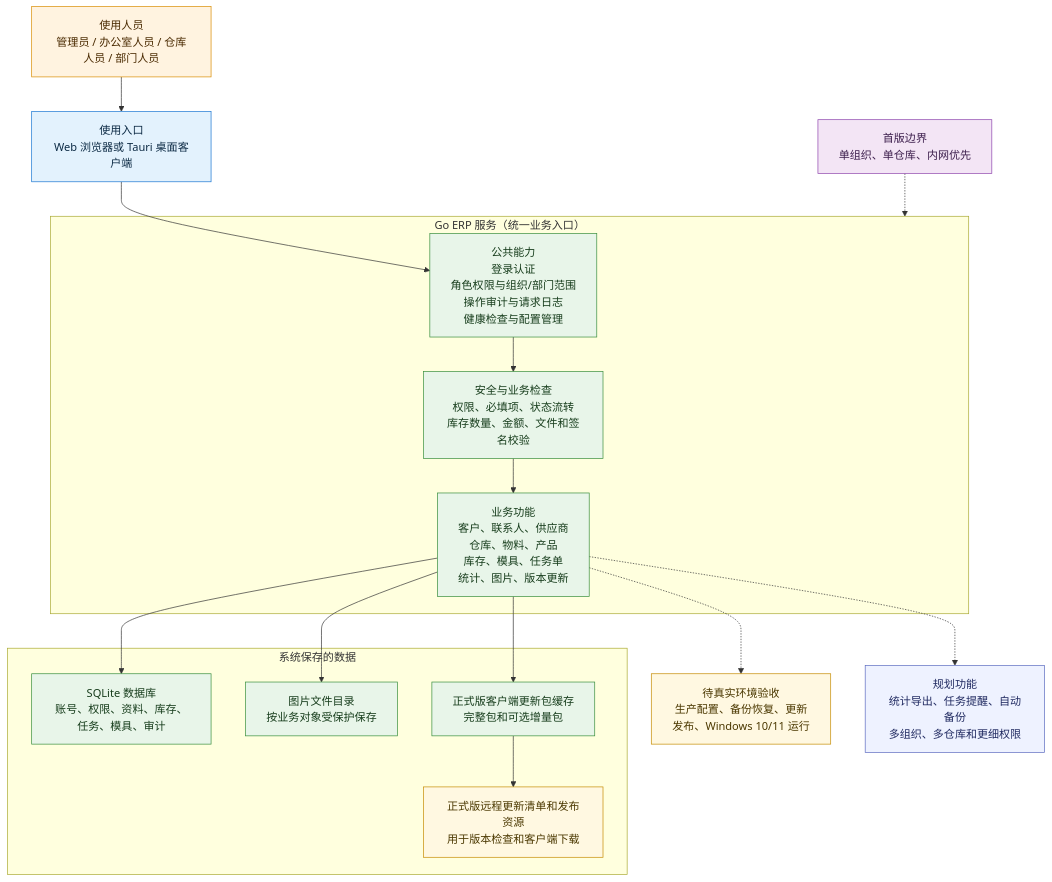
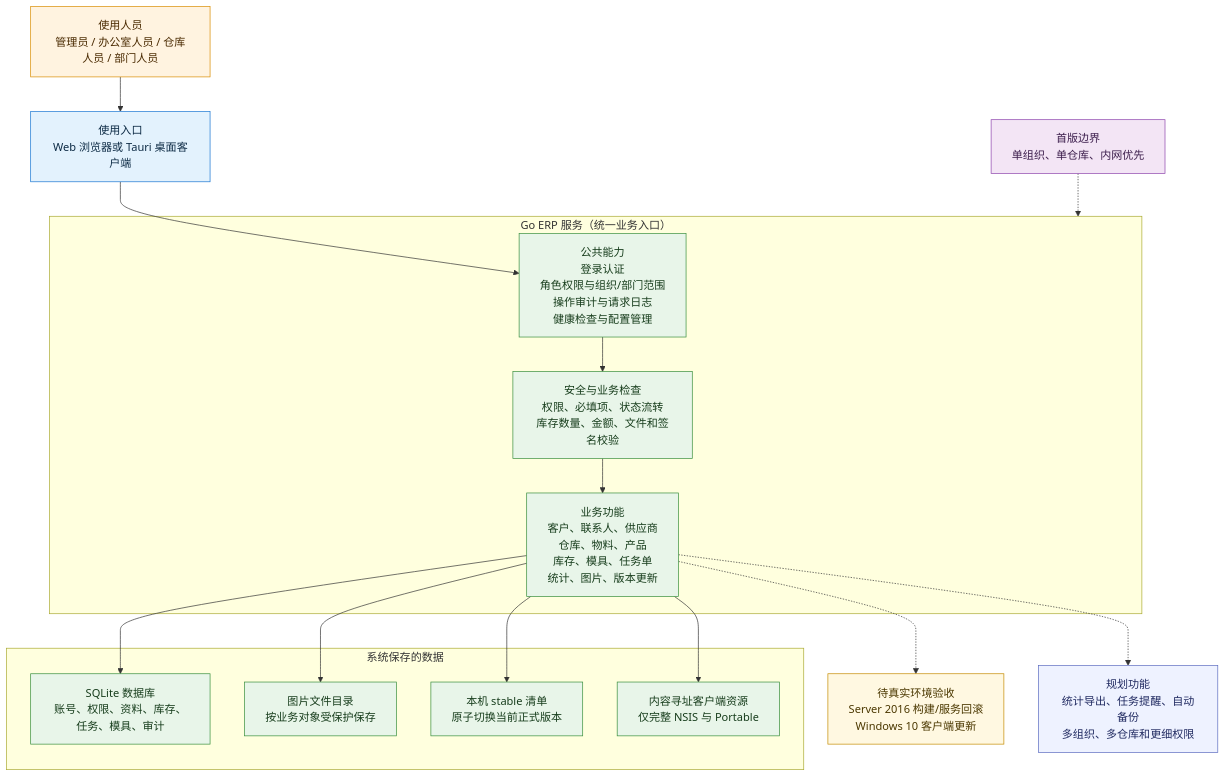
One commit to SilenceJR/bb_erp_echo changed the first of 7 diagrams in docs/BACKEND_ARCHITECTURE.md. Above: the diagram before and after it, drawn with Mermaid. The commit also changed other lines of this file and 53 other files, not shown here.

```diff
--- a/docs/BACKEND_ARCHITECTURE.md
+++ b/docs/BACKEND_ARCHITECTURE.md
@@ -19,42 +19,42 @@
 ~~~mermaid
 flowchart TB
     users["使用人员<br/>管理员 / 办公室人员 / 仓库人员 / 部门人员"]:::user
     clients["使用入口<br/>Web 浏览器或 Tauri 桌面客户端"]:::entry
 
     subgraph service["Go ERP 服务（统一业务入口）"]
         common["公共能力<br/>登录认证<br/>角色权限与组织/部门范围<br/>操作审计与请求日志<br/>健康检查与配置管理"]:::done
         domains["业务功能<br/>客户、联系人、供应商<br/>仓库、物料、产品<br/>库存、模具、任务单<br/>统计、图片、版本更新"]:::done
         validation["安全与业务检查<br/>权限、必填项、状态流转<br/>库存数量、金额、文件和签名校验"]:::done
     end
 
     subgraph storage["系统保存的数据"]
         db["SQLite 数据库<br/>账号、权限、资料、库存、任务、模具、审计"]:::done
         files["图片文件目录<br/>按业务对象受保护保存"]:::done
-        cache["正式版客户端更新包缓存<br/>完整包和可选增量包"]:::done
-        remote["正式版远程更新清单和发布资源<br/>用于版本检查和客户端下载"]:::pending
+        stable["本机 stable 清单<br/>原子切换当前正式版本"]:::done
+        cache["内容寻址客户端资源<br/>仅完整 NSIS 与 Portable"]:::done
     end
 
     users --> clients
     clients --> common
     common --> validation
     validation --> domains
     domains --> db
     domains --> files
+    domains --> stable
     domains --> cache
-    cache --> remote
 
-    acceptance["待真实环境验收<br/>生产配置、备份恢复、更新发布、Windows 10/11 运行"]:::pending
+    acceptance["待真实环境验收<br/>Server 2016 构建/服务回滚<br/>Windows 10 客户端更新"]:::pending
     planned["规划功能<br/>统计导出、任务提醒、自动备份<br/>多组织、多仓库和更细权限"]:::planned
     domains -.-> acceptance
     domains -.-> planned
 
     boundary["首版边界<br/>单组织、单仓库、内网优先"]:::boundary
     boundary -.-> service
 
     classDef user fill:#fff3e0,stroke:#d98c00,color:#4a2a00
     classDef entry fill:#e3f2fd,stroke:#1976d2,color:#0d2b45
     classDef done fill:#e8f5e9,stroke:#388e3c,color:#173d1c
     classDef pending fill:#fff8e1,stroke:#c58b00,color:#4b3800
     classDef planned fill:#eef2ff,stroke:#5c6bc0,color:#202a61
     classDef boundary fill:#f3e5f5,stroke:#8e44ad,color:#3d1f4d
 ~~~
```
